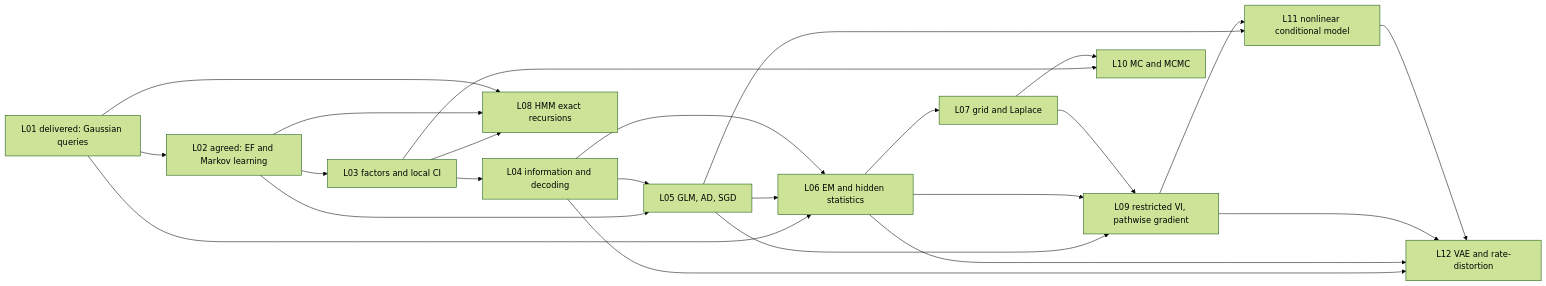
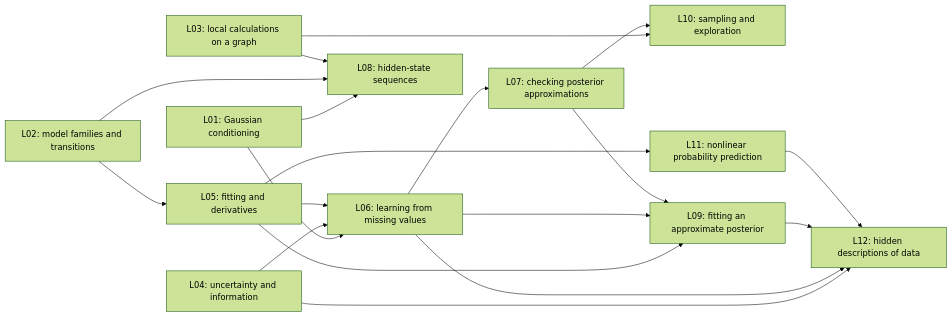
Before and after one commit to opherdonchin/ProbabilisticMachineLearning: the diagram in Lectures/course_architecture_scope/architecture_audit.md, drawn with Mermaid (forest theme). The commit also changed other lines of this file and 41 other files, not shown here.

````diff
--- a/Lectures/course_architecture_scope/architecture_audit.md
+++ b/Lectures/course_architecture_scope/architecture_audit.md
@@ -63,26 +38,21 @@
 ```mermaid
 flowchart LR
-  L01["L01 delivered: Gaussian queries"] --> L02["L02 agreed: EF and Markov learning"]
-  L02 --> L03["L03 factors and local CI"]
-  L03 --> L04["L04 information and decoding"]
-  L02 --> L05["L05 GLM, AD, SGD"]
-  L04 --> L05
-  L01 --> L06["L06 EM and hidden statistics"]
+  L01["L01: Gaussian conditioning"] --> L06["L06: learning from missing values"]
+  L01 --> L08["L08: hidden-state sequences"]
+  L02["L02: model families and transitions"] --> L05["L05: fitting and derivatives"]
+  L02 --> L08
+  L03["L03: local calculations on a graph"] --> L08
+  L03 --> L10["L10: sampling and exploration"]
+  L04["L04: uncertainty and information"] --> L06
+  L04 --> L12["L12: hidden descriptions of data"]
   L05 --> L06
-  L04 --> L06
-  L06 --> L07["L07 grid and Laplace"]
-  L03 --> L08["L08 HMM exact recursions"]
-  L02 --> L08
-  L01 --> L08
-  L05 --> L09["L09 restricted VI, pathwise gradient"]
+  L05 --> L09["L09: fitting an approximate posterior"]
+  L05 --> L11["L11: nonlinear probability prediction"]
+  L06 --> L07["L07: checking posterior approximations"]
   L06 --> L09
   L07 --> L09
-  L03 --> L10["L10 MC and MCMC"]
   L07 --> L10
-  L05 --> L11["L11 nonlinear conditional model"]
-  L09 --> L11
-  L04 --> L12["L12 VAE and rate-distortion"]
   L06 --> L12
   L09 --> L12
   L11 --> L12
 ```
````
